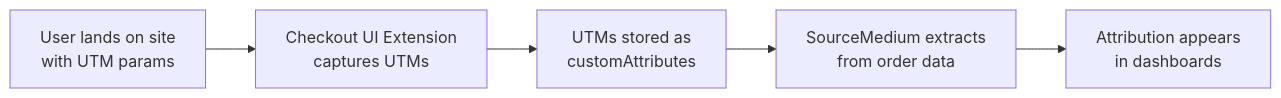
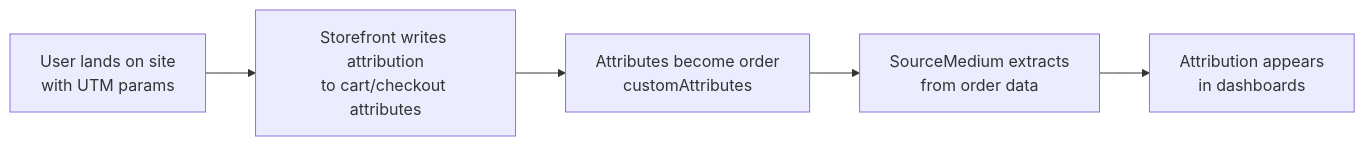
One commit to source-medium/sourcemedium-docs changed the second of 2 diagrams in data-inputs/platform-supporting-resources/shopify/backfilling-utm-attribution-via-checkout-attributes.mdx. Above: the diagram before and after it, drawn with Mermaid. The commit also changed other lines of this file and 1 other file, not shown here.

Commit message:
docs: add Shopify customAttributes override tier

````diff
--- a/data-inputs/platform-supporting-resources/shopify/backfilling-utm-attribution-via-checkout-attributes.mdx
+++ b/data-inputs/platform-supporting-resources/shopify/backfilling-utm-attribution-via-checkout-attributes.mdx
@@ -348,7 +363,7 @@
 ```mermaid
 flowchart LR
-    A[User lands on site<br/>with UTM params] --> B[Checkout UI Extension<br/>captures UTMs]
-    B --> C[UTMs stored as<br/>customAttributes]
+    A[User lands on site<br/>with UTM params] --> B[Storefront writes attribution<br/>to cart/checkout attributes]
+    B --> C[Attributes become order<br/>customAttributes]
     C --> D[SourceMedium extracts<br/>from order data]
     D --> E[Attribution appears<br/>in dashboards]
 ```
````
